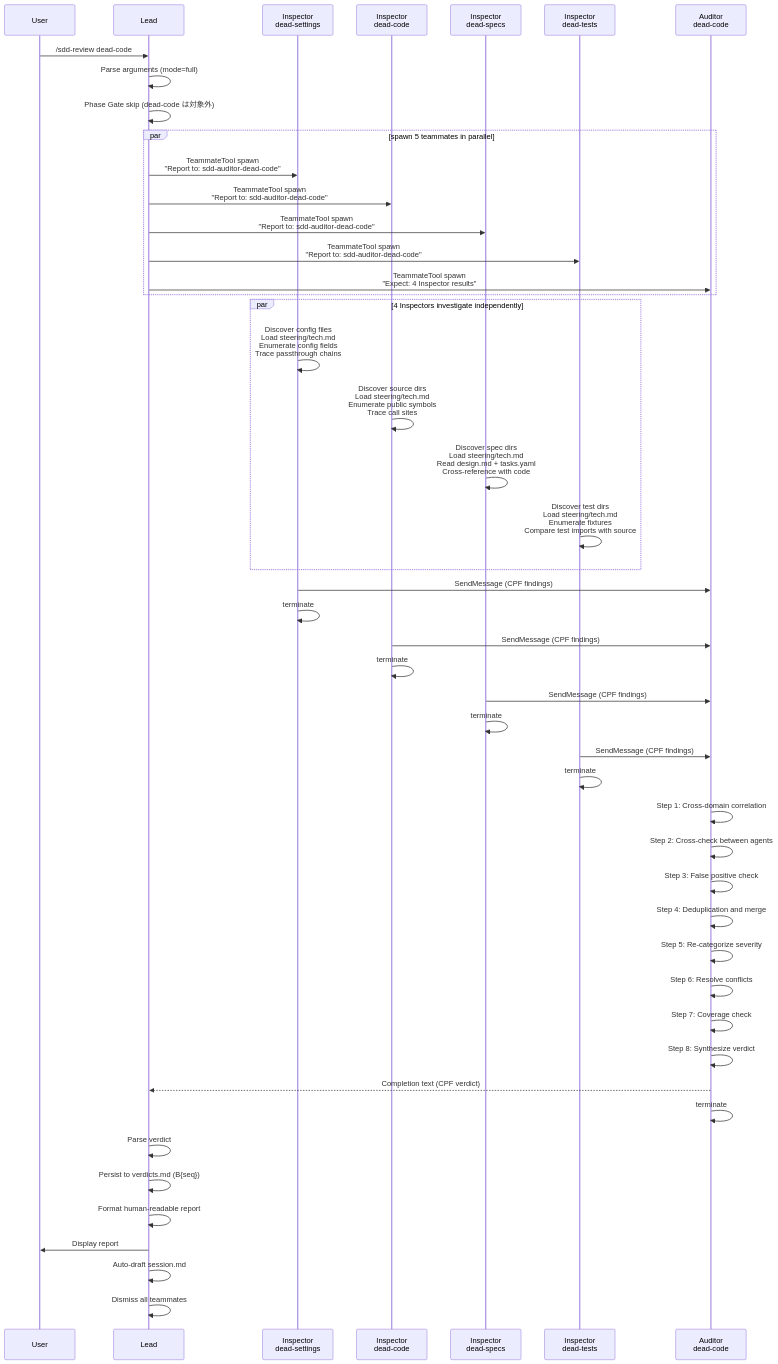
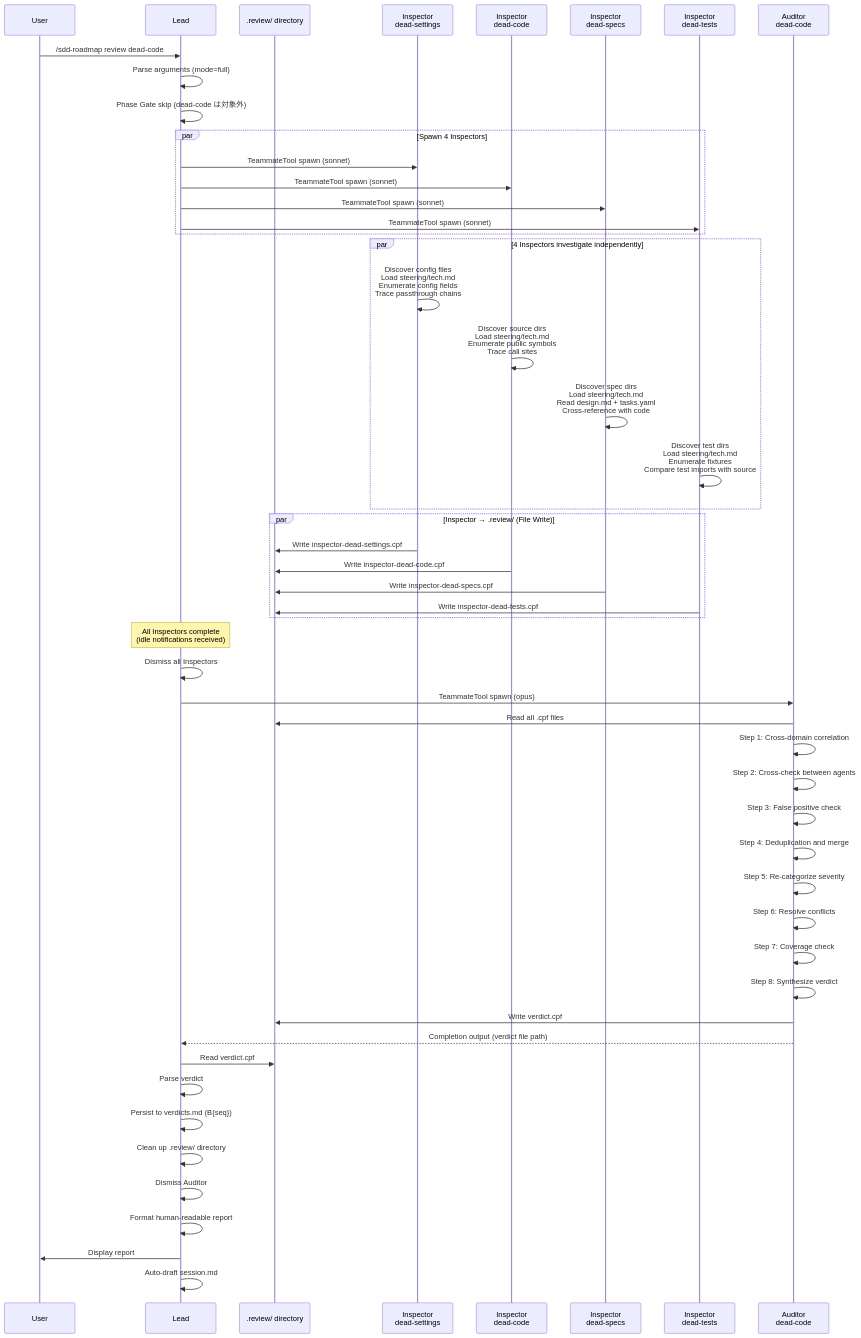
The first of 2 diagrams in .claude/sdd/project/specs/dead-code-review/design.md (sync-dev-org/sync-sdd), drawn with Mermaid before and after one commit. The commit also changed other lines of this file and 32 other files, not shown here.

````diff
--- a/.claude/sdd/project/specs/dead-code-review/design.md
+++ b/.claude/sdd/project/specs/dead-code-review/design.md
@@ -266,57 +284,63 @@
 ```mermaid
 sequenceDiagram
     participant User
     participant Lead
+    participant RD as .review/ directory
     participant Settings as Inspector<br/>dead-settings
     participant Code as Inspector<br/>dead-code
     participant Specs as Inspector<br/>dead-specs
     participant Tests as Inspector<br/>dead-tests
     participant Auditor as Auditor<br/>dead-code
 
-    User->>Lead: /sdd-review dead-code
+    User->>Lead: /sdd-roadmap review dead-code
     Lead->>Lead: Parse arguments (mode=full)
     Lead->>Lead: Phase Gate skip (dead-code は対象外)
 
-    par spawn 5 teammates in parallel
-        Lead->>Settings: TeammateTool spawn<br/>"Report to: sdd-auditor-dead-code"
-        Lead->>Code: TeammateTool spawn<br/>"Report to: sdd-auditor-dead-code"
-        Lead->>Specs: TeammateTool spawn<br/>"Report to: sdd-auditor-dead-code"
-        Lead->>Tests: TeammateTool spawn<br/>"Report to: sdd-auditor-dead-code"
-        Lead->>Auditor: TeammateTool spawn<br/>"Expect: 4 Inspector results"
+    par Spawn 4 Inspectors
+        Lead->>Settings: TeammateTool spawn (sonnet)
+        Lead->>Code: TeammateTool spawn (sonnet)
+        Lead->>Specs: TeammateTool spawn (sonnet)
+        Lead->>Tests: TeammateTool spawn (sonnet)
     end
 
     par 4 Inspectors investigate independently
         Settings->>Settings: Discover config files<br/>Load steering/tech.md<br/>Enumerate config fields<br/>Trace passthrough chains
         Code->>Code: Discover source dirs<br/>Load steering/tech.md<br/>Enumerate public symbols<br/>Trace call sites
         Specs->>Specs: Discover spec dirs<br/>Load steering/tech.md<br/>Read design.md + tasks.yaml<br/>Cross-reference with code
         Tests->>Tests: Discover test dirs<br/>Load steering/tech.md<br/>Enumerate fixtures<br/>Compare test imports with source
     end
 
-    Settings->>Auditor: SendMessage (CPF findings)
-    Settings->>Settings: terminate
-    Code->>Auditor: SendMessage (CPF findings)
-    Code->>Code: terminate
-    Specs->>Auditor: SendMessage (CPF findings)
-    Specs->>Specs: terminate
-    Tests->>Auditor: SendMessage (CPF findings)
-    Tests->>Tests: terminate
+    par Inspector → .review/ (File Write)
+        Settings->>RD: Write inspector-dead-settings.cpf
+        Code->>RD: Write inspector-dead-code.cpf
+        Specs->>RD: Write inspector-dead-specs.cpf
+        Tests->>RD: Write inspector-dead-tests.cpf
+    end
 
+    Note over Lead: All Inspectors complete<br/>(idle notifications received)
+
+    Lead->>Lead: Dismiss all Inspectors
+    Lead->>Auditor: TeammateTool spawn (opus)
+
+    Auditor->>RD: Read all .cpf files
     Auditor->>Auditor: Step 1: Cross-domain correlation
     Auditor->>Auditor: Step 2: Cross-check between agents
     Auditor->>Auditor: Step 3: False positive check
     Auditor->>Auditor: Step 4: Deduplication and merge
     Auditor->>Auditor: Step 5: Re-categorize severity
     Auditor->>Auditor: Step 6: Resolve conflicts
     Auditor->>Auditor: Step 7: Coverage check
     Auditor->>Auditor: Step 8: Synthesize verdict
+    Auditor->>RD: Write verdict.cpf
 
-    Auditor-->>Lead: Completion text (CPF verdict)
-    Auditor->>Auditor: terminate
+    Auditor-->>Lead: Completion output (verdict file path)
 
+    Lead->>RD: Read verdict.cpf
     Lead->>Lead: Parse verdict
     Lead->>Lead: Persist to verdicts.md (B{seq})
+    Lead->>Lead: Clean up .review/ directory
+    Lead->>Lead: Dismiss Auditor
     Lead->>Lead: Format human-readable report
     Lead->>User: Display report
     Lead->>Lead: Auto-draft session.md
-    Lead->>Lead: Dismiss all teammates
 ```
````
